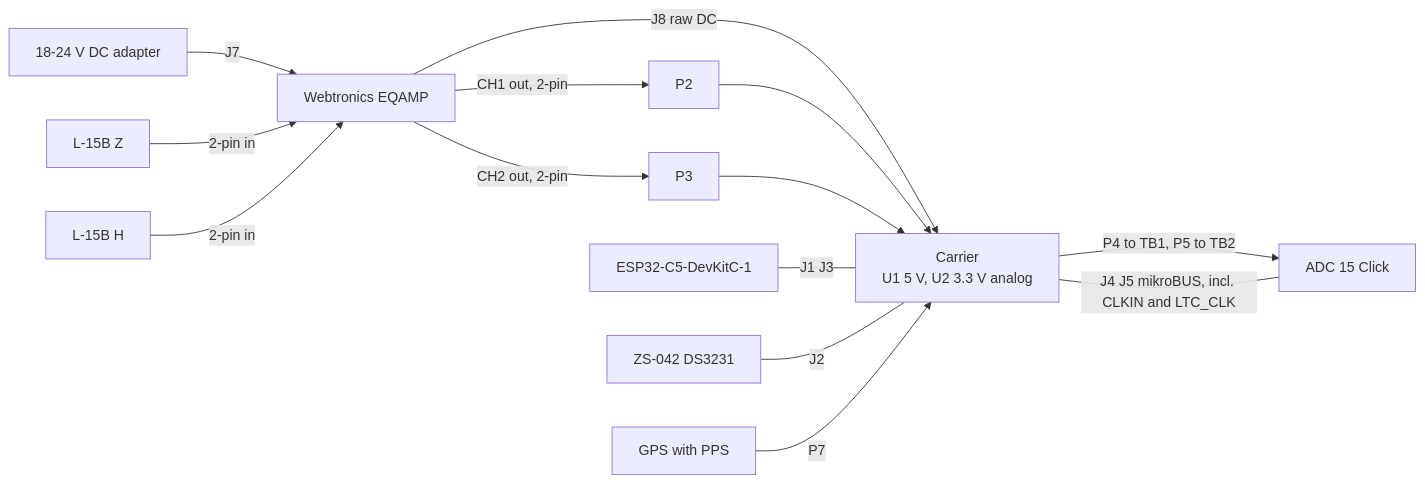
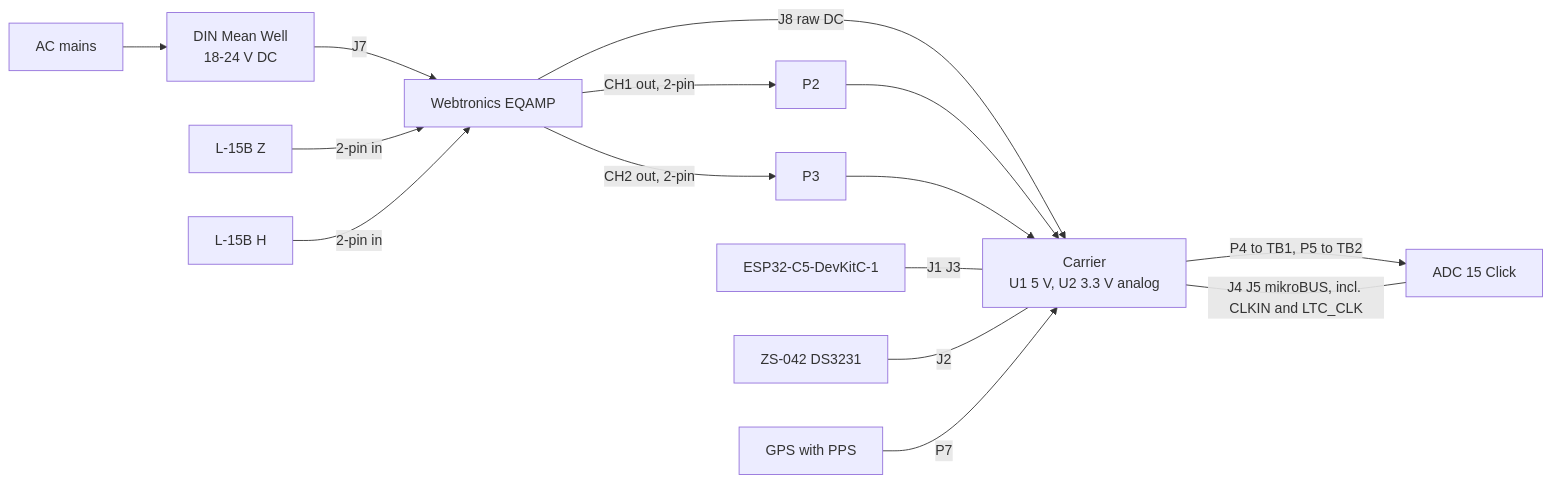
One commit to vpatoka/esp32seismo changed the diagram in hardware/carrier/README.md. Above: the diagram before and after it, drawn with Mermaid. The commit also changed other lines of this file, not shown here.

````diff
--- a/hardware/carrier/README.md
+++ b/hardware/carrier/README.md
@@ -39,16 +39,17 @@
 ```mermaid
 flowchart LR
-    PSU[18-24 V DC adapter] -->|J7| EQ[Webtronics EQAMP]
+    AC[AC mains] --> PSU[DIN Mean Well<br/>18-24 V DC]
+    PSU -->|J7| EQ[Webtronics EQAMP]
     EQ -->|J8 raw DC| CB[Carrier<br/>U1 5 V, U2 3.3 V analog]
     GZ[L-15B Z] -->|2-pin in| EQ
     GH[L-15B H] -->|2-pin in| EQ
     EQ -->|CH1 out, 2-pin| P2[P2]
     EQ -->|CH2 out, 2-pin| P3[P3]
     P2 --> CB
     P3 --> CB
     CB -->|P4 to TB1, P5 to TB2| CLICK[ADC 15 Click]
     CLICK ---|J4 J5 mikroBUS, incl. CLKIN and LTC_CLK| CB
     DK[ESP32-C5-DevKitC-1] ---|J1 J3| CB
     RTC[ZS-042 DS3231] ---|J2| CB
     GPS[GPS with PPS] -->|P7| CB
 ```
````
